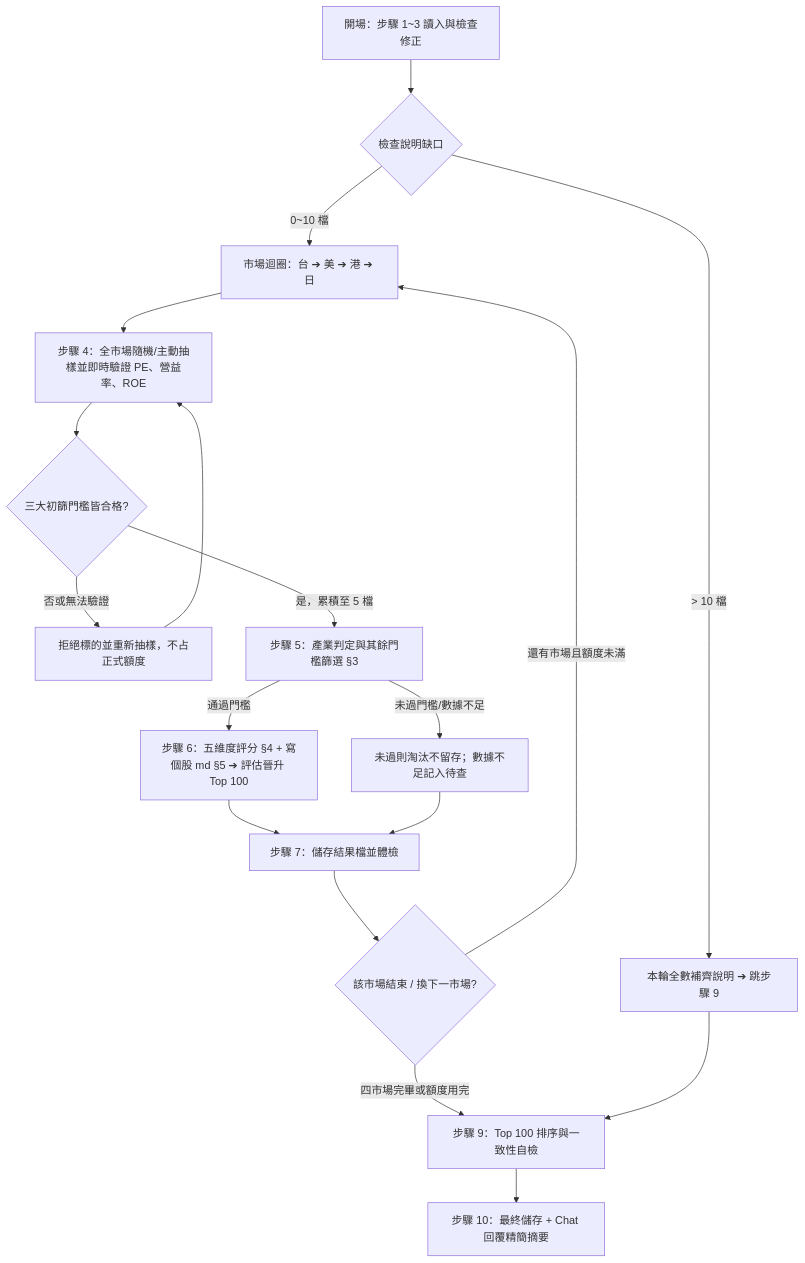
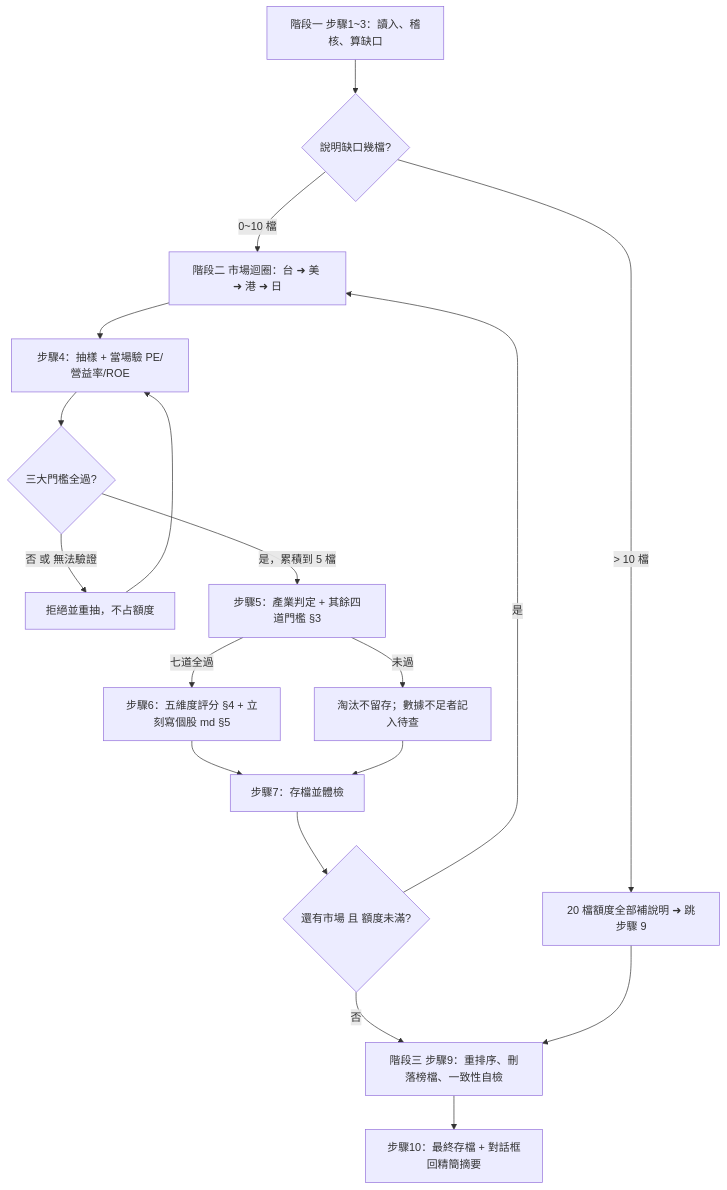
The diagram in Routines_StkScreener_gemini.md (a9303001/FinancialReport), drawn with Mermaid before and after one commit. The commit also changed other lines of this file and 1 other file, not shown here.

````diff
--- a/Routines_StkScreener_gemini.md
+++ b/Routines_StkScreener_gemini.md
@@ -40,20 +88,20 @@
 ```mermaid
 graph TD
-    A[開場：步驟 1~3 讀入與檢查修正] --> B{檢查說明缺口}
-    B -->|> 10 檔| C[本輪全數補齊說明 ➔ 跳步驟 9]
-    B -->|0~10 檔| D[市場迴圈：台 ➔ 美 ➔ 港 ➔ 日]
-    D --> E[步驟 4：全市場隨機/主動抽樣並即時驗證 PE、營益率、ROE]
-    E --> P{三大初篩門檻皆合格?}
-    P -->|否或無法驗證| R[拒絕標的並重新抽樣，不占正式額度]
+    A[階段一 步驟1~3：讀入、稽核、算缺口] --> B{說明缺口幾檔?}
+    B -->|> 10 檔| C[20 檔額度全部補說明 ➜ 跳步驟 9]
+    B -->|0~10 檔| D[階段二 市場迴圈：台 ➜ 美 ➜ 港 ➜ 日]
+    D --> E[步驟4：抽樣 + 當場驗 PE/營益率/ROE]
+    E --> P{三大門檻全過?}
+    P -->|否 或 無法驗證| R[拒絕並重抽，不占額度]
     R --> E
-    P -->|是，累積至 5 檔| F[步驟 5：產業判定與其餘門檻篩選 §3]
-    F -->|通過門檻| G[步驟 6：五維度評分 §4 + 寫個股 md §5 ➔ 評估晉升 Top 100]
-    F -->|未過門檻/數據不足| H[未過則淘汰不留存；數據不足記入待查]
-    G --> I[步驟 7：儲存結果檔並體檢]
+    P -->|是，累積到 5 檔| F[步驟5：產業判定 + 其餘四道門檻 §3]
+    F -->|七道全過| G[步驟6：五維度評分 §4 + 立刻寫個股 md §5]
+    F -->|未過| H[淘汰不留存；數據不足者記入待查]
+    G --> I[步驟7：存檔並體檢]
     H --> I
-    I --> J{該市場結束 / 換下一市場?}
-    J -->|還有市場且額度未滿| D
-    J -->|四市場完畢或額度用完| K[步驟 9：Top 100 排序與一致性自檢]
+    I --> J{還有市場 且 額度未滿?}
+    J -->|是| D
+    J -->|否| K[階段三 步驟9：重排序、刪落榜檔、一致性自檢]
     C --> K
-    K --> L[步驟 10：最終儲存 + Chat 回覆精簡摘要]
+    K --> L[步驟10：最終存檔 + 對話框回精簡摘要]
 ```
````
